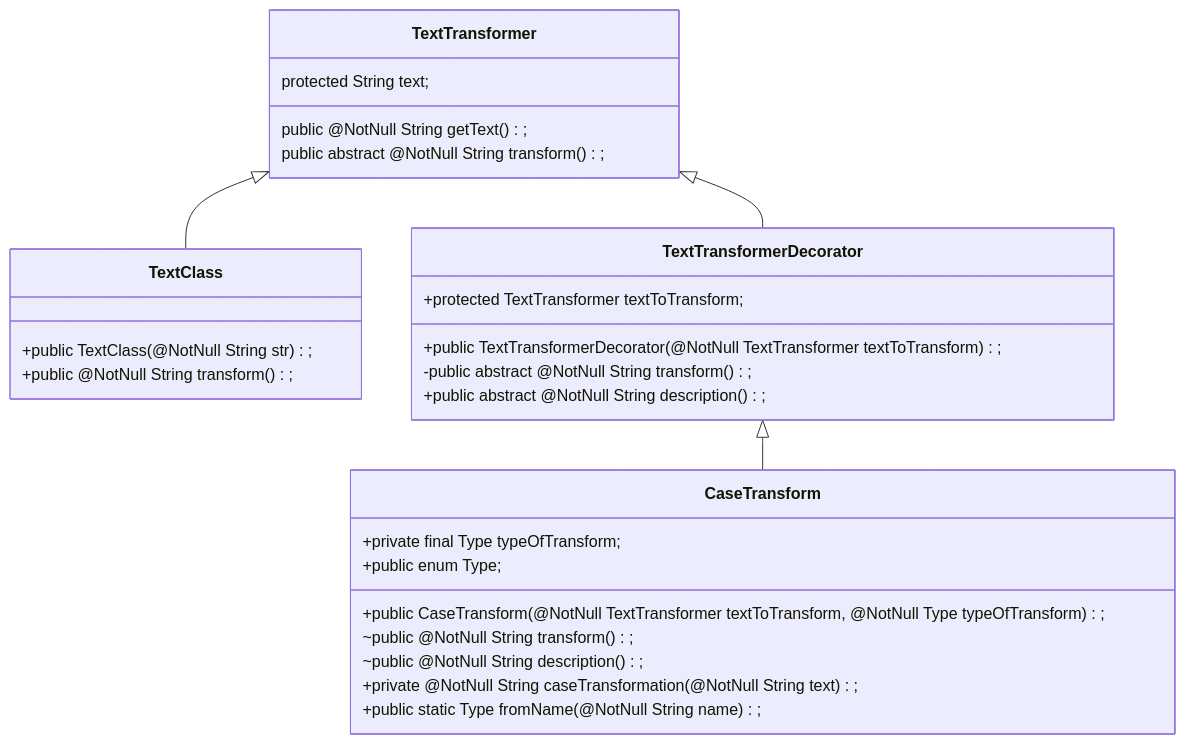
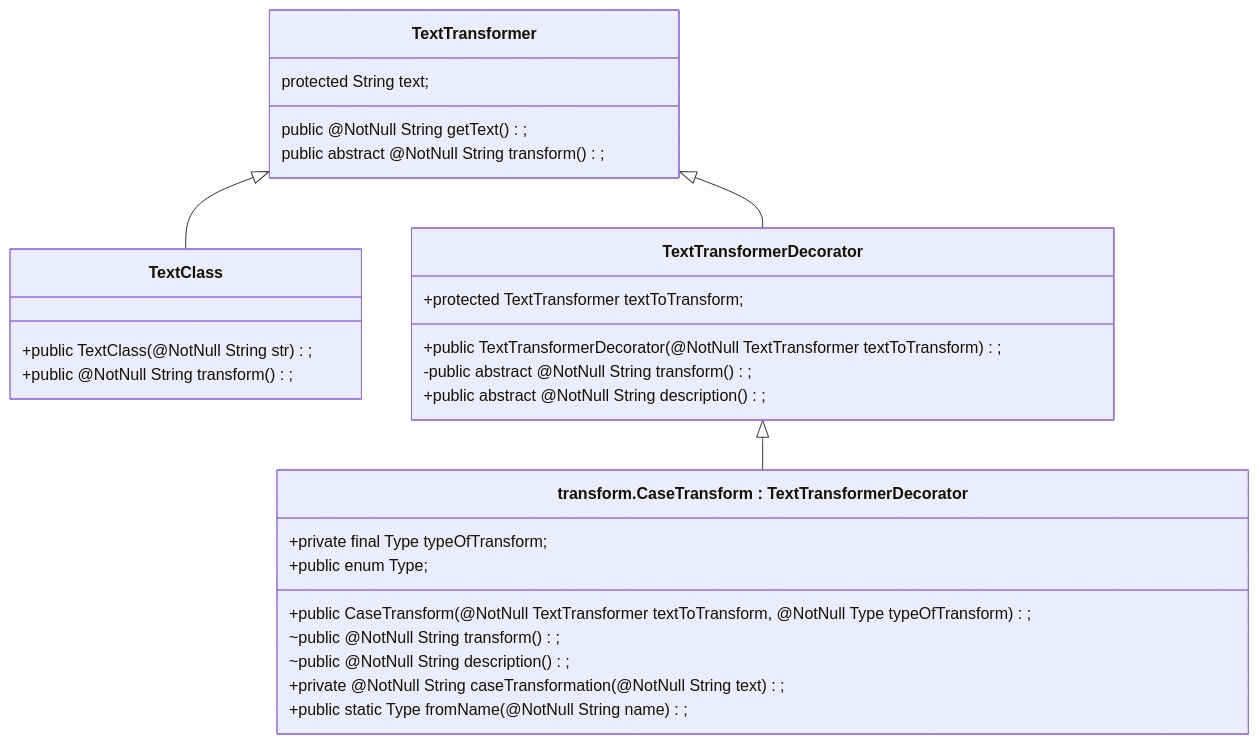
Before and after one commit to Dashrek/SK2_R_P_S: the diagram in exampleclass.md, drawn with Mermaid.

````diff
--- a/exampleclass.md
+++ b/exampleclass.md
@@ -2,30 +2,30 @@
 ```mermaid
 classDiagram
   class TextTransformer {
     protected String text;
     public @NotNull String getText();
     public abstract @NotNull String transform();
   }
   class TextClass {
     +public TextClass(@NotNull String str);
     +public @NotNull String transform();
   }
   class TextTransformerDecorator {
     +protected TextTransformer textToTransform;
     +public TextTransformerDecorator(@NotNull TextTransformer textToTransform);
     -public abstract @NotNull String transform();
     +public abstract @NotNull String description();
   }
-  class CaseTransform {
+  class CaseTransform["transform.CaseTransform : TextTransformerDecorator"] {
     +private final Type typeOfTransform;
     +public CaseTransform(@NotNull TextTransformer textToTransform, @NotNull Type typeOfTransform);
     ~public @NotNull String transform();
     ~public @NotNull String description();
     +private @NotNull String caseTransformation(@NotNull String text);
     +public enum Type;
     +public static Type fromName(@NotNull String name);
   }
   TextTransformer <|-- TextTransformerDecorator
   TextTransformer <|-- TextClass
   TextTransformerDecorator <|-- CaseTransform
 ```
````
